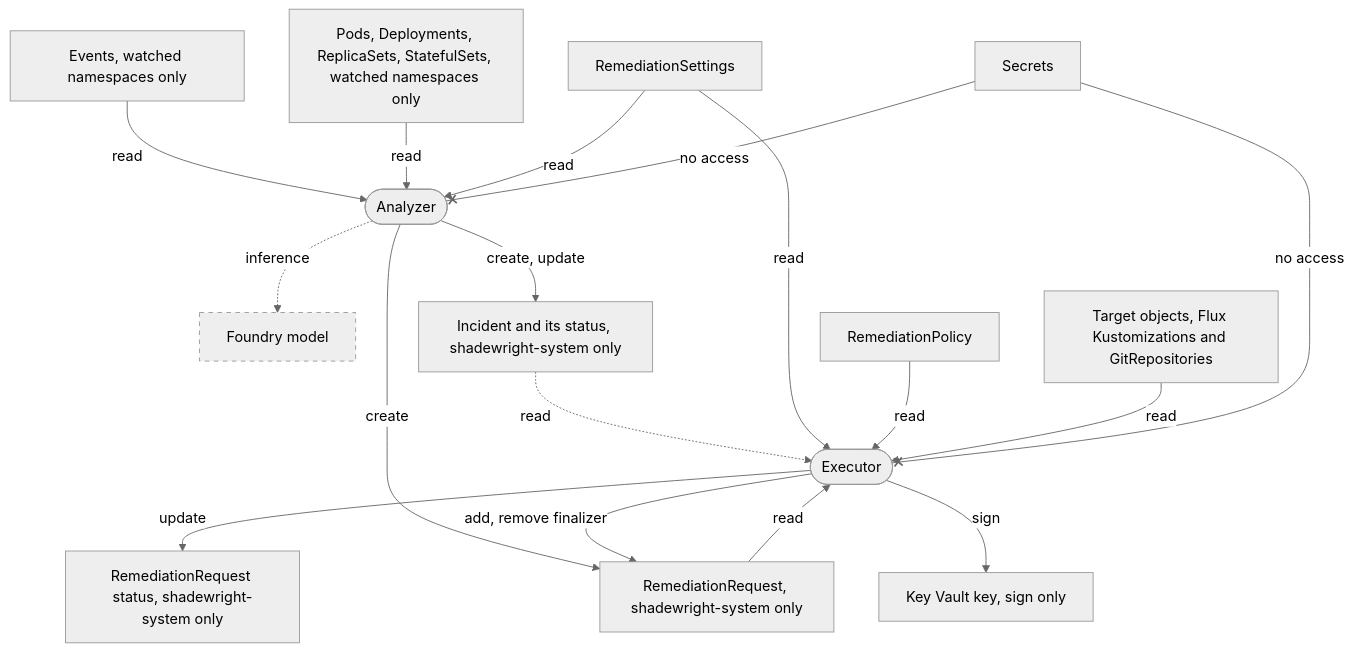
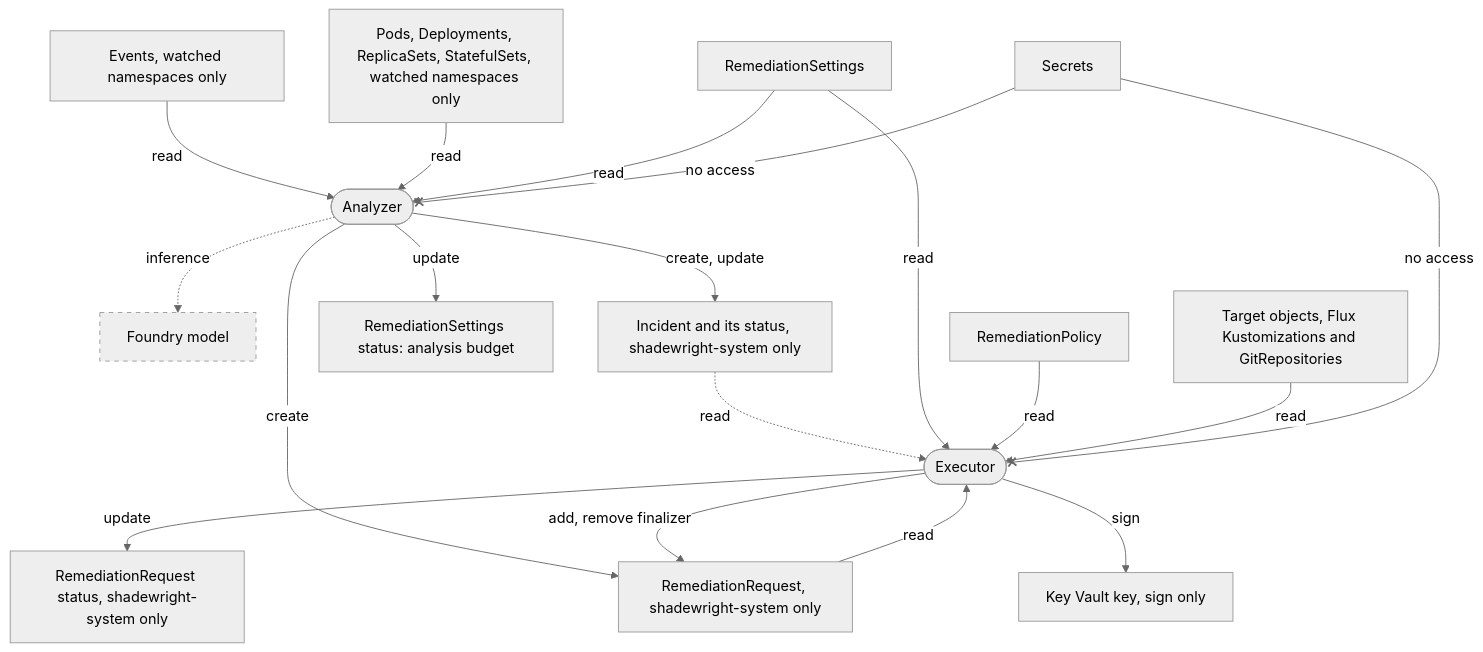
Before and after one commit to pkalin/shadewright: the fifth of 5 diagrams in docs/design.md, drawn with Mermaid (neutral theme). The commit also changed other lines of this file and 3 other files, not shown here.

Commit message:
docs: describe the analysis budget in the settings status and the cooldown on every re-analysis

````diff
--- a/docs/design.md
+++ b/docs/design.md
@@ -612,34 +618,36 @@
 ```mermaid
 flowchart TB
     ev["Events, watched namespaces only"]
     wl["Pods, Deployments, ReplicaSets, StatefulSets, watched namespaces only"]
     an([Analyzer])
     fm[Foundry model]
     inc["Incident and its status, shadewright-system only"]
     rr["RemediationRequest, shadewright-system only"]
     set[RemediationSettings]
+    budget["RemediationSettings status: analysis budget"]
     pol[RemediationPolicy]
     tgt[Target objects, Flux Kustomizations and GitRepositories]
     ex([Executor])
     rrs["RemediationRequest status, shadewright-system only"]
     kv[Key Vault key, sign only]
     sec[Secrets]
     ev -- read --> an
     wl -- read --> an
     set -- read --> an
+    an -- update --> budget
     an -. inference .-> fm
     an -- create, update --> inc
     an -- create --> rr
     inc -. read .-> ex
     rr -- read --> ex
     set -- read --> ex
     pol -- read --> ex
     tgt -- read --> ex
     ex -- update --> rrs
     ex -- add, remove finalizer --> rr
     ex -- sign --> kv
     sec -- no access --x an
     sec -- no access --x ex
     classDef planned stroke-dasharray: 5 5
     class fm planned
 ```
````
